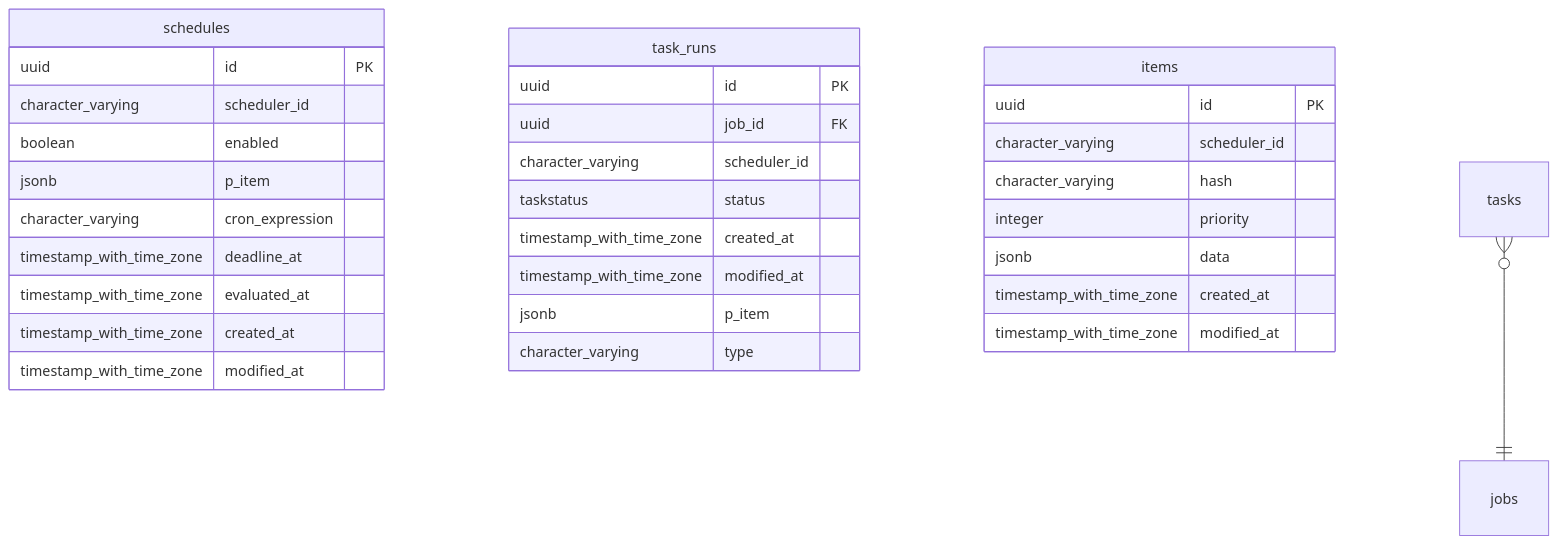
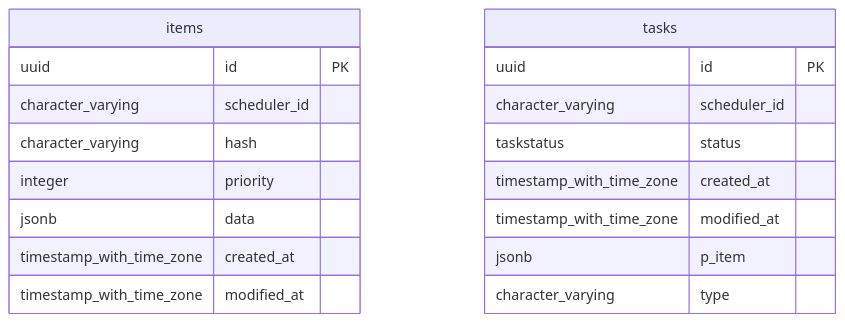
Before and after one commit to minvws/nl-kat-coordination: the second of 2 diagrams in mula/docs/architecture.md, drawn with Mermaid. The commit also changed other lines of this file and 4 other files, not shown here.

````diff
--- a/mula/docs/architecture.md
+++ b/mula/docs/architecture.md
@@ -519,36 +478,22 @@
 ```mermaid
 erDiagram
-schedules {
-    uuid id PK
-    character_varying scheduler_id
-    boolean enabled
-    jsonb p_item
-    character_varying cron_expression
-    timestamp_with_time_zone deadline_at
-    timestamp_with_time_zone evaluated_at
-    timestamp_with_time_zone created_at
-    timestamp_with_time_zone modified_at
-}
-task_runs {
-    uuid id PK
-    uuid job_id FK
-    character_varying scheduler_id
-    taskstatus status
-    timestamp_with_time_zone created_at
-    timestamp_with_time_zone modified_at
-    jsonb p_item
-    character_varying type
-}
-items {
-    uuid id PK
-    character_varying scheduler_id
-    character_varying hash
-    integer priority
-    jsonb data
-    timestamp_with_time_zone created_at
-    timestamp_with_time_zone modified_at
-}
+    items {
+        uuid id PK
+        character_varying scheduler_id
+        character_varying hash
+        integer priority
+        jsonb data
+        timestamp_with_time_zone created_at
+        timestamp_with_time_zone modified_at
+    }
 
-
-tasks }o--|| jobs: ""
+    tasks {
+        uuid id PK
+        character_varying scheduler_id
+        taskstatus status
+        timestamp_with_time_zone created_at
+        timestamp_with_time_zone modified_at
+        jsonb p_item
+        character_varying type
+    }
 ```
````
